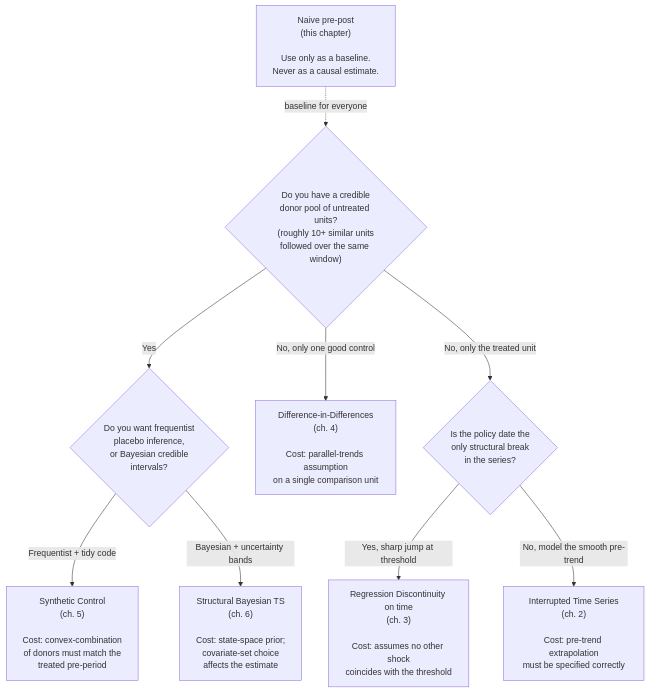
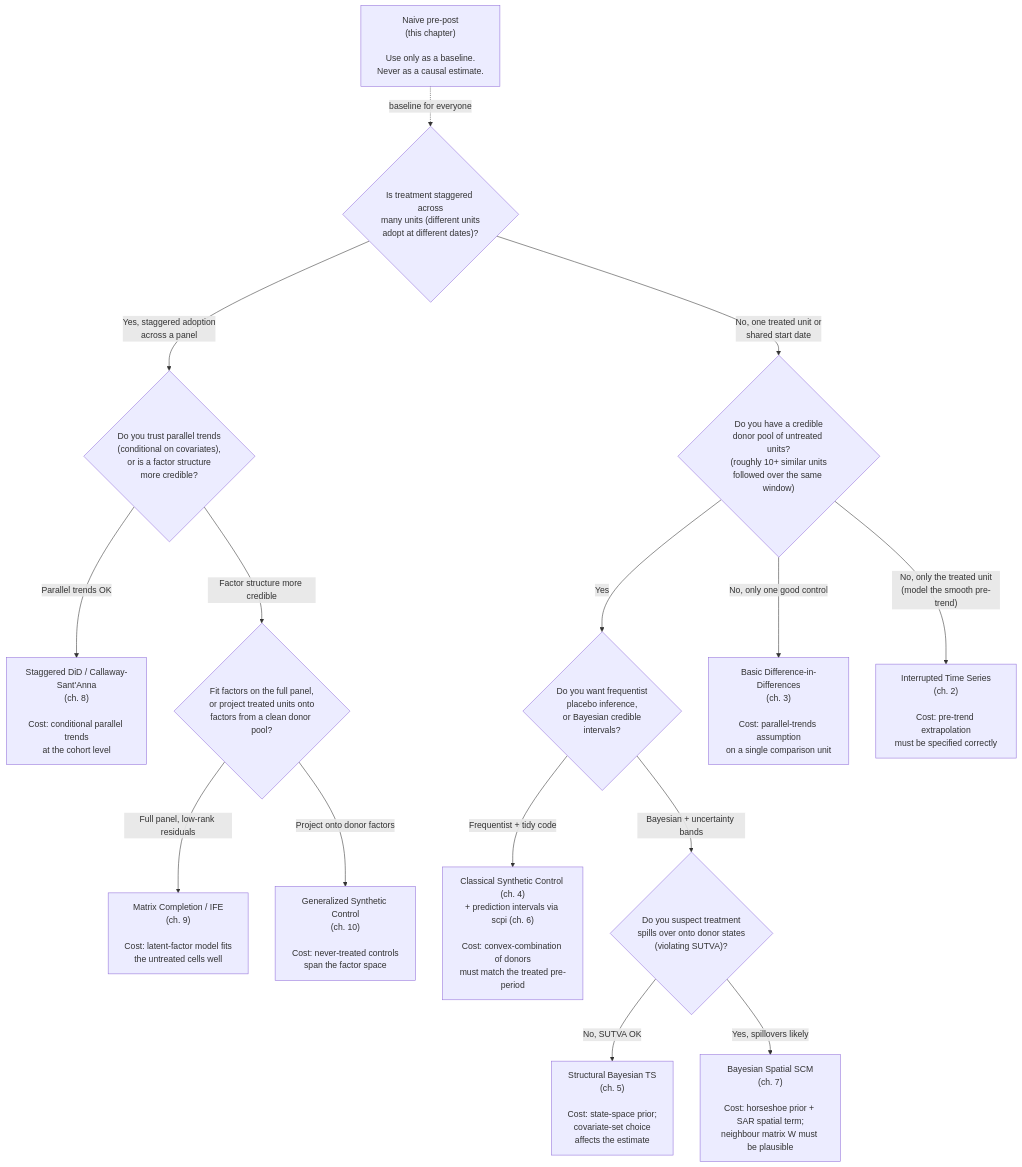
The diagram in 01-introduction.qmd (quarcs-lab/ccm), drawn with Mermaid before and after one commit. The commit also changed other lines of this file and 60 other files, not shown here.

````diff
--- a/01-introduction.qmd
+++ b/01-introduction.qmd
@@ -97,15 +109,24 @@
 ```{mermaid}
 flowchart TB
-    Q1{"Do you have a credible<br/>donor pool of untreated units?<br/>(roughly 10+ similar units<br/>followed over the same window)"}
+    Q0{"Is treatment staggered across<br/>many units (different units<br/>adopt at different dates)?"}
+    Q0 -->|Yes, staggered adoption<br/>across a panel| Q4{"Do you trust parallel trends<br/>(conditional on covariates),<br/>or is a factor structure<br/>more credible?"}
+    Q0 -->|No, one treated unit or<br/>shared start date| Q1{"Do you have a credible<br/>donor pool of untreated units?<br/>(roughly 10+ similar units<br/>followed over the same window)"}
+
+    Q4 -->|Parallel trends OK| CSA["Staggered DiD / Callaway-Sant'Anna<br/>(ch. 8)<br/><br/>Cost: conditional parallel trends<br/>at the cohort level"]
+    Q4 -->|Factor structure more credible| Q5{"Fit factors on the full panel,<br/>or project treated units onto<br/>factors from a clean donor pool?"}
+
+    Q5 -->|Full panel, low-rank residuals| MC["Matrix Completion / IFE<br/>(ch. 9)<br/><br/>Cost: latent-factor model fits<br/>the untreated cells well"]
+    Q5 -->|Project onto donor factors| GSC["Generalized Synthetic Control<br/>(ch. 10)<br/><br/>Cost: never-treated controls<br/>span the factor space"]
+
     Q1 -->|Yes| Q2{"Do you want frequentist<br/>placebo inference,<br/>or Bayesian credible<br/>intervals?"}
-    Q1 -->|No, only one good control| DiD["Difference-in-Differences<br/>(ch. 4)<br/><br/>Cost: parallel-trends assumption<br/>on a single comparison unit"]
-    Q1 -->|No, only the treated unit| Q3{"Is the policy date the<br/>only structural break<br/>in the series?"}
+    Q1 -->|No, only one good control| DiD["Basic Difference-in-Differences<br/>(ch. 3)<br/><br/>Cost: parallel-trends assumption<br/>on a single comparison unit"]
+    Q1 -->|"No, only the treated unit<br/>(model the smooth pre-trend)"| ITS["Interrupted Time Series<br/>(ch. 2)<br/><br/>Cost: pre-trend extrapolation<br/>must be specified correctly"]
 
-    Q2 -->|Frequentist + tidy code| SCM["Synthetic Control<br/>(ch. 5)<br/><br/>Cost: convex-combination<br/>of donors must match the<br/>treated pre-period"]
-    Q2 -->|Bayesian + uncertainty bands| CI["Structural Bayesian TS<br/>(ch. 6)<br/><br/>Cost: state-space prior;<br/>covariate-set choice<br/>affects the estimate"]
+    Q2 -->|Frequentist + tidy code| SCM["Classical Synthetic Control (ch. 4)<br/>+ prediction intervals via scpi (ch. 6)<br/><br/>Cost: convex-combination of donors<br/>must match the treated pre-period"]
+    Q2 -->|Bayesian + uncertainty bands| Q3{"Do you suspect treatment<br/>spills over onto donor states<br/>(violating SUTVA)?"}
 
-    Q3 -->|Yes, sharp jump at threshold| RDD["Regression Discontinuity on time<br/>(ch. 3)<br/><br/>Cost: assumes no other shock<br/>coincides with the threshold"]
-    Q3 -->|No, model the smooth pre-trend| ITS["Interrupted Time Series<br/>(ch. 2)<br/><br/>Cost: pre-trend extrapolation<br/>must be specified correctly"]
+    Q3 -->|No, SUTVA OK| CI["Structural Bayesian TS<br/>(ch. 5)<br/><br/>Cost: state-space prior;<br/>covariate-set choice<br/>affects the estimate"]
+    Q3 -->|Yes, spillovers likely| SPATIAL["Bayesian Spatial SCM<br/>(ch. 7)<br/><br/>Cost: horseshoe prior + SAR spatial term;<br/>neighbour matrix W must be plausible"]
 
-    NAIVE["Naive pre-post<br/>(this chapter)<br/><br/>Use only as a baseline.<br/>Never as a causal estimate."] -.->|"baseline for everyone"| Q1
+    NAIVE["Naive pre-post<br/>(this chapter)<br/><br/>Use only as a baseline.<br/>Never as a causal estimate."] -.->|"baseline for everyone"| Q0
 ```
````
